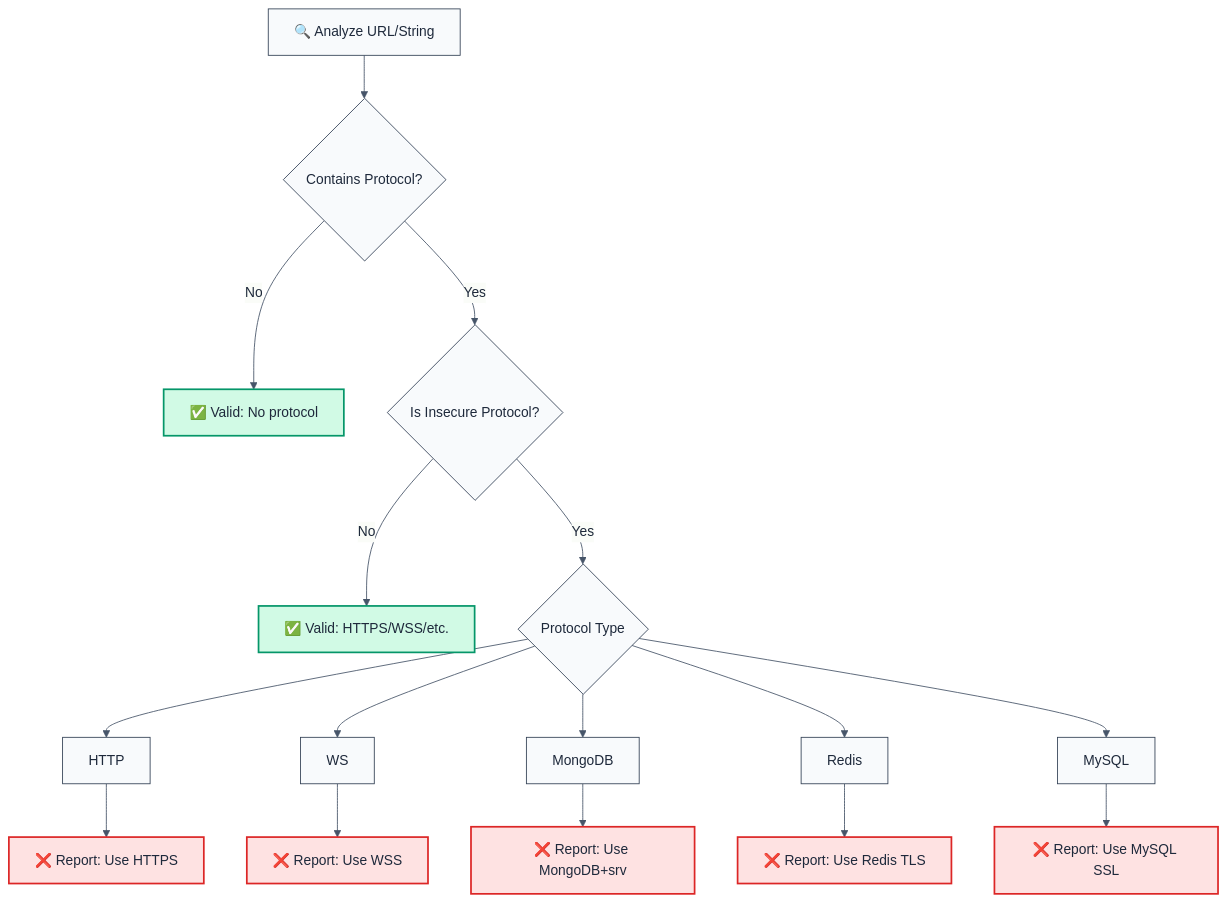
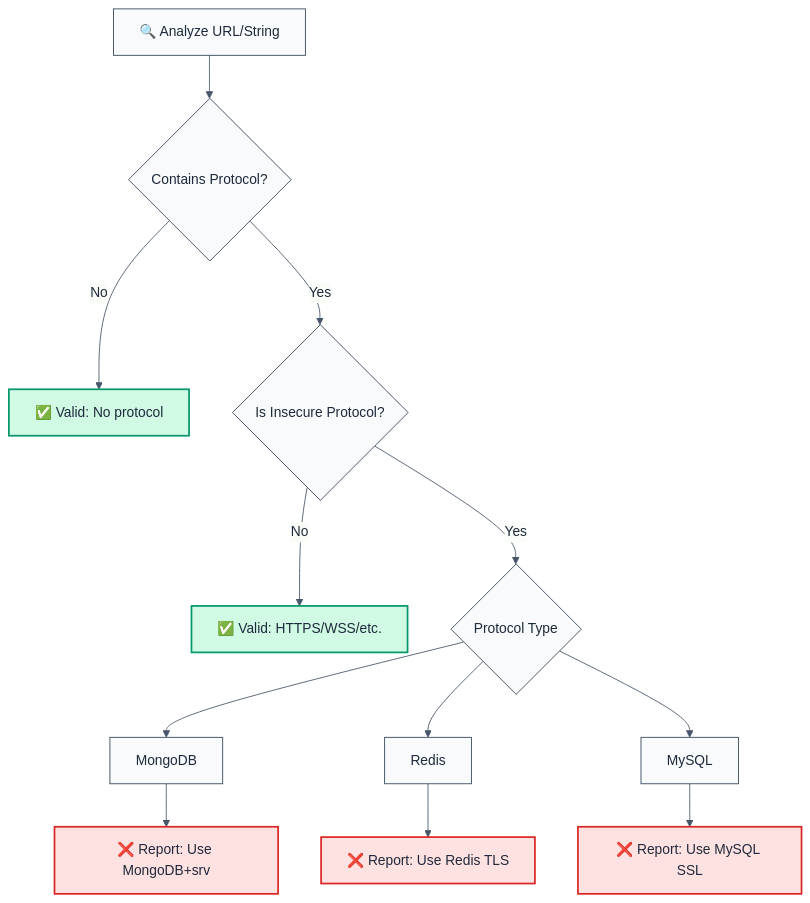
Before and after one commit to ofri-peretz/eslint: the diagram in packages/eslint-plugin-browser-security/docs/rules/no-unencrypted-transmission.md, drawn with Mermaid. The commit also changed other lines of this file and 883 other files, not shown here.

````diff
--- a/packages/eslint-plugin-browser-security/docs/rules/no-unencrypted-transmission.md
+++ b/packages/eslint-plugin-browser-security/docs/rules/no-unencrypted-transmission.md
@@ -43,35 +44,29 @@
 ```mermaid
 %%{init: {
   'theme': 'base',
   'themeVariables': {
     'primaryColor': '#f8fafc',
     'primaryTextColor': '#1e293b',
     'primaryBorderColor': '#334155',
     'lineColor': '#475569'
   }
 }}%%
 flowchart TD
     A[🔍 Analyze URL/String] --> B{Contains Protocol?}
     B -->|No| C[✅ Valid: No protocol]
     B -->|Yes| D{Is Insecure Protocol?}
     D -->|No| E[✅ Valid: HTTPS/WSS/etc.]
     D -->|Yes| F{Protocol Type}
-    F --> G[HTTP]
-    F --> H[WS]
     F --> I[MongoDB]
     F --> J[Redis]
     F --> K[MySQL]
-    G --> L[❌ Report: Use HTTPS]
-    H --> M[❌ Report: Use WSS]
     I --> N[❌ Report: Use MongoDB+srv]
     J --> O[❌ Report: Use Redis TLS]
     K --> P[❌ Report: Use MySQL SSL]
 
     style C fill:#d1fae5,stroke:#059669,stroke-width:2px
     style E fill:#d1fae5,stroke:#059669,stroke-width:2px
-    style L fill:#fee2e2,stroke:#dc2626,stroke-width:2px
-    style M fill:#fee2e2,stroke:#dc2626,stroke-width:2px
     style N fill:#fee2e2,stroke:#dc2626,stroke-width:2px
     style O fill:#fee2e2,stroke:#dc2626,stroke-width:2px
     style P fill:#fee2e2,stroke:#dc2626,stroke-width:2px
 ```
````
